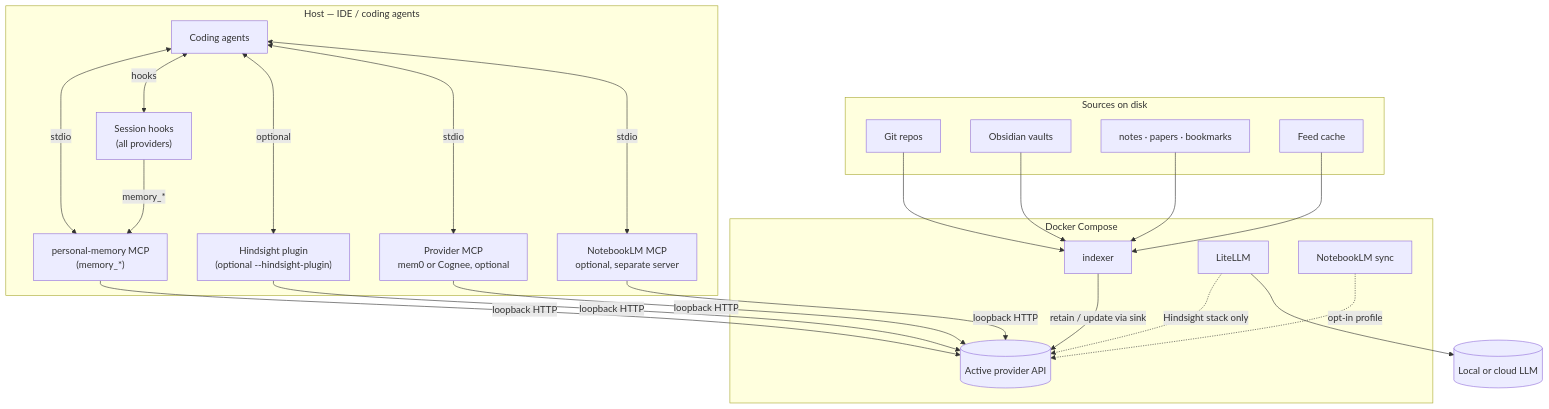
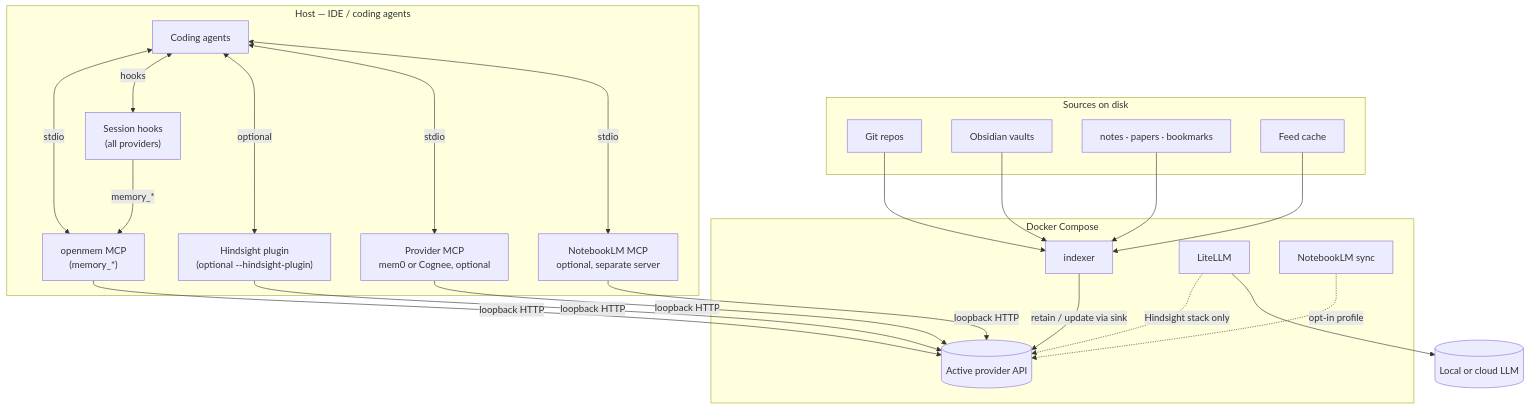
Before and after one commit to bcmyguest/openmem: the first of 2 diagrams in docs/architecture.md, drawn with Mermaid. The commit also changed other lines of this file and 122 other files, not shown here.

First line of the commit message:
feat(openmem): finish rebrand, concepts docs, and MCP listing metadata (v0.6.1)

````diff
--- a/docs/architecture.md
+++ b/docs/architecture.md
@@ -9,45 +9,45 @@
 ```mermaid
 flowchart TB
   subgraph disk["Sources on disk"]
     GIT[Git repos]
     OBS[Obsidian vaults]
     MD[notes · papers · bookmarks]
     FEED[Feed cache]
   end
 
   subgraph compose["Docker Compose"]
     IDX[indexer]
     PROV[(Active provider API)]
     IDX -->|retain / update via sink| PROV
     LIT[LiteLLM]
     NLM[NotebookLM sync]
     LIT -.->|Hindsight stack only| PROV
     NLM -.->|opt-in profile| PROV
   end
 
   LIT --> LLM[(Local or cloud LLM)]
 
   subgraph host["Host — IDE / coding agents"]
     AG[Coding agents]
-    UMCP["personal-memory MCP\n(memory_*)"]
+    UMCP["openmem MCP\n(memory_*)"]
     SHIM["Session hooks\n(all providers)"]
     PLG["Hindsight plugin\n(optional --hindsight-plugin)"]
     PMCP["Provider MCP\nmem0 or Cognee, optional"]
     NLMCP["NotebookLM MCP\noptional, separate server"]
   end
 
   GIT --> IDX
   OBS --> IDX
   MD --> IDX
   FEED --> IDX
   AG <-->|stdio| UMCP
   AG <-->|hooks| SHIM
   AG <-->|optional| PLG
   SHIM -->|memory_*| UMCP
   AG <-->|stdio| PMCP
   AG <-->|stdio| NLMCP
   UMCP -->|loopback HTTP| PROV
   PLG -->|loopback HTTP| PROV
   PMCP -->|loopback HTTP| PROV
   NLMCP -->|loopback HTTP| PROV
 ```
````
